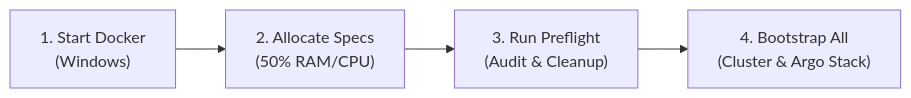
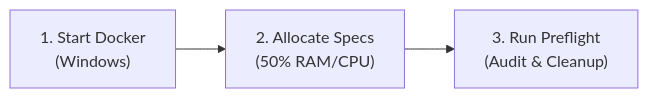
The diagram in README.md (antillgrp/argo-lab), drawn with Mermaid before and after one commit. The commit also changed other lines of this file, not shown here.

Commit message:
docs: replace Step 4 with unified Step-by-Step Bootstrap Commands section

````diff
--- a/README.md
+++ b/README.md
@@ -40,6 +40,5 @@
 ```mermaid
 flowchart LR
     A["1. Start Docker<br>(Windows)"] --> B["2. Allocate Specs<br>(50% RAM/CPU)"]
     B --> C["3. Run Preflight<br>(Audit & Cleanup)"]
-    C --> D["4. Bootstrap All<br>(Cluster & Argo Stack)"]
 ```
````
